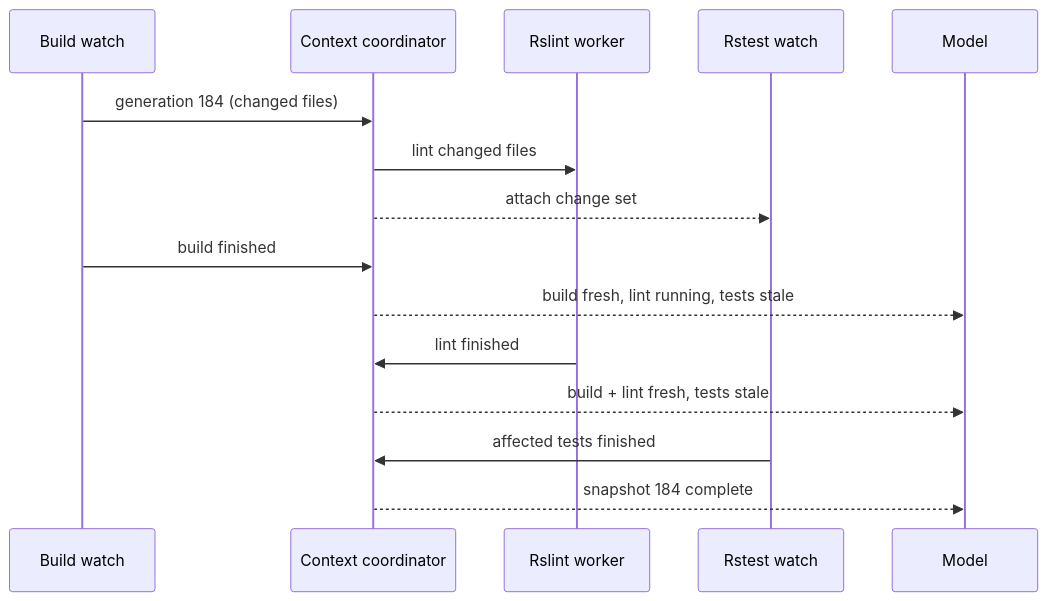
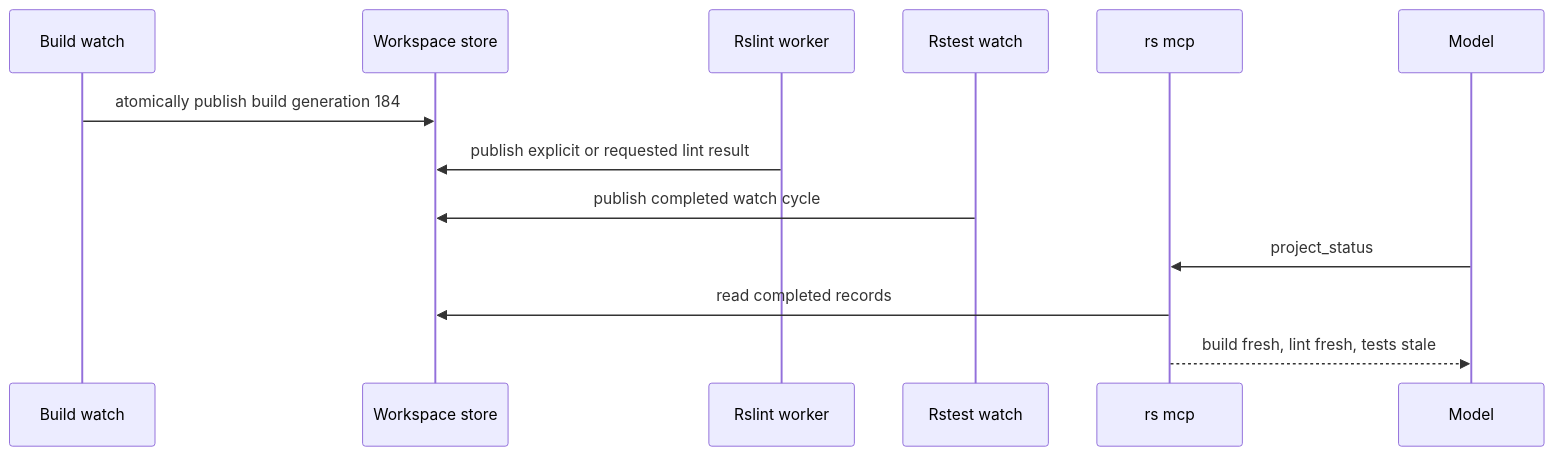
One commit to rstackjs/rstack-cli changed the sixth of 10 diagrams in docs/rfcs/0001-rstack-context-engine.md. Above: the diagram before and after it, drawn with Mermaid. The commit also changed other lines of this file and 8 other files, not shown here.

Commit message:
feat(rstack): scaffold context evidence store

````diff
--- a/docs/rfcs/0001-rstack-context-engine.md
+++ b/docs/rfcs/0001-rstack-context-engine.md
@@ -593,18 +595,16 @@
 ```mermaid
 sequenceDiagram
   participant RB as Build watch
-  participant C as Context coordinator
+  participant S as Workspace store
   participant L as Rslint worker
   participant T as Rstest watch
+  participant MCP as rs mcp
   participant M as Model
 
-  RB->>C: generation 184 (changed files)
-  C->>L: lint changed files
-  C-->>T: attach change set
-  RB->>C: build finished
-  C-->>M: build fresh, lint running, tests stale
-  L->>C: lint finished
-  C-->>M: build + lint fresh, tests stale
-  T->>C: affected tests finished
-  C-->>M: snapshot 184 complete
+  RB->>S: atomically publish build generation 184
+  L->>S: publish explicit or requested lint result
+  T->>S: publish completed watch cycle
+  M->>MCP: project_status
+  MCP->>S: read completed records
+  MCP-->>M: build fresh, lint fresh, tests stale
 ```
````
